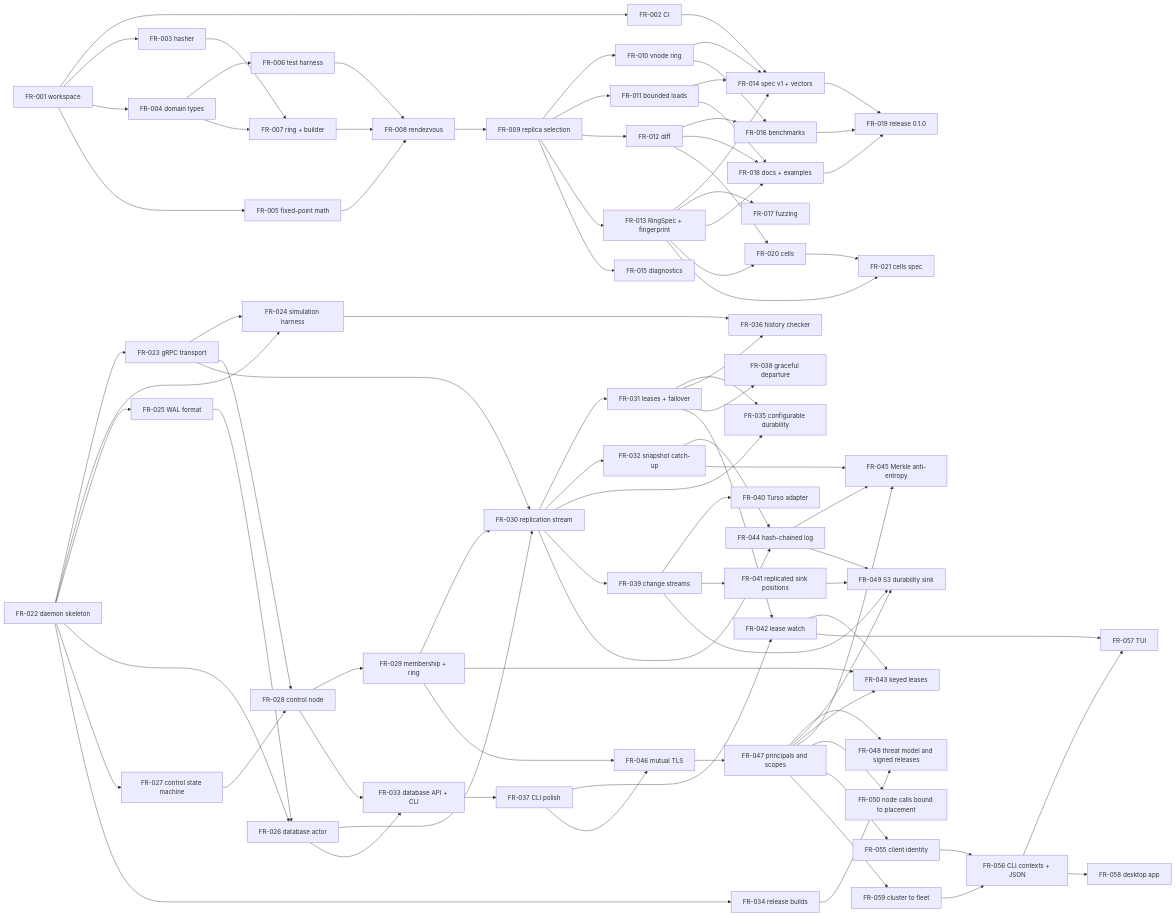
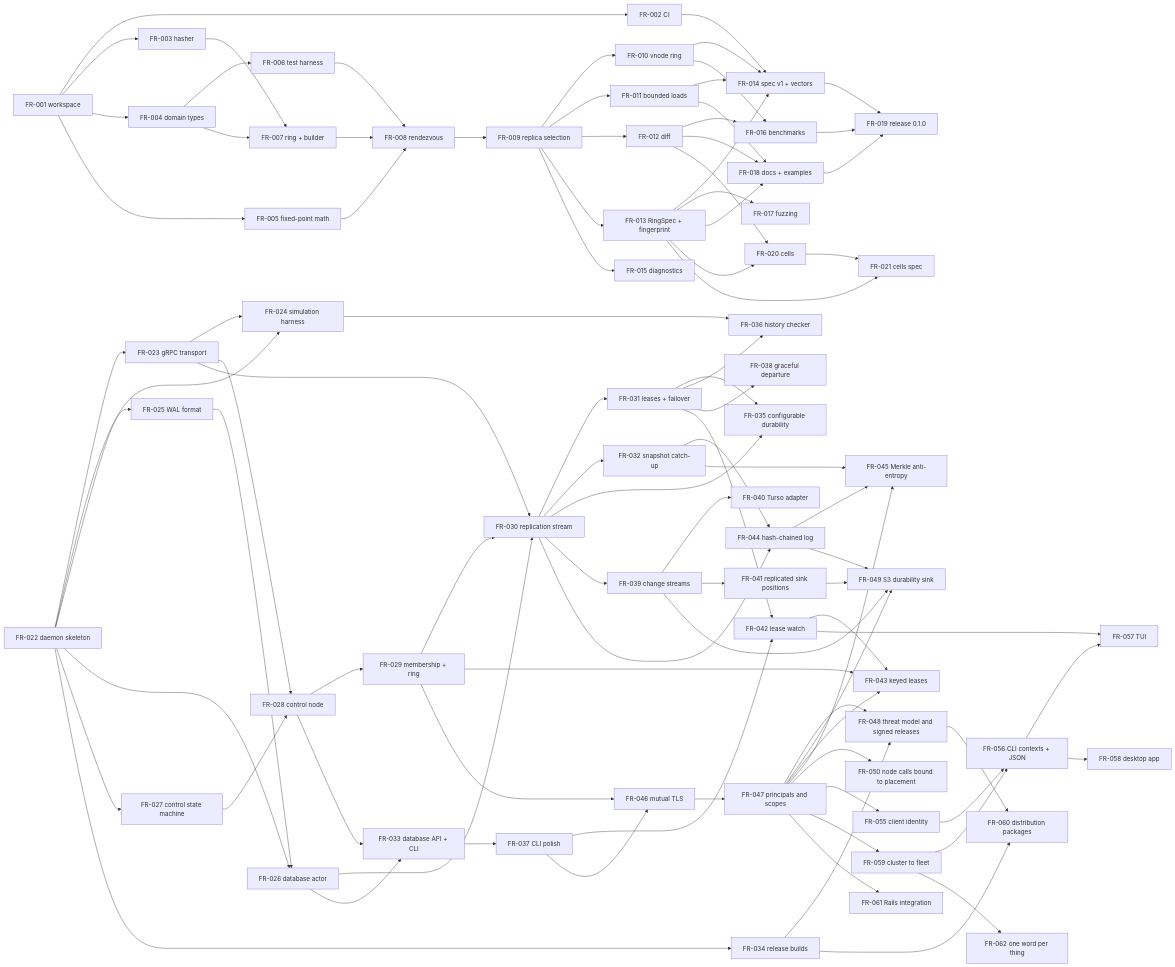
One commit to fleetring/fleetring changed the diagram in docs/tickets/README.md. Above: the diagram before and after it, drawn with Mermaid. The commit also changed other lines of this file and 3 other files, not shown here.

First line of the commit message:
docs(tickets): ticket distribution packages, Rails, and one word per thing

````diff
--- a/docs/tickets/README.md
+++ b/docs/tickets/README.md
@@ -197,4 +201,8 @@
   FR056 --> FR057[FR-057 TUI]
   FR042 --> FR057
   FR056 --> FR058[FR-058 desktop app]
+  FR034 --> FR060[FR-060 distribution packages]
+  FR048 --> FR060
+  FR047 --> FR061[FR-061 Rails integration]
+  FR059 --> FR062[FR-062 one word per thing]
 ```
````
